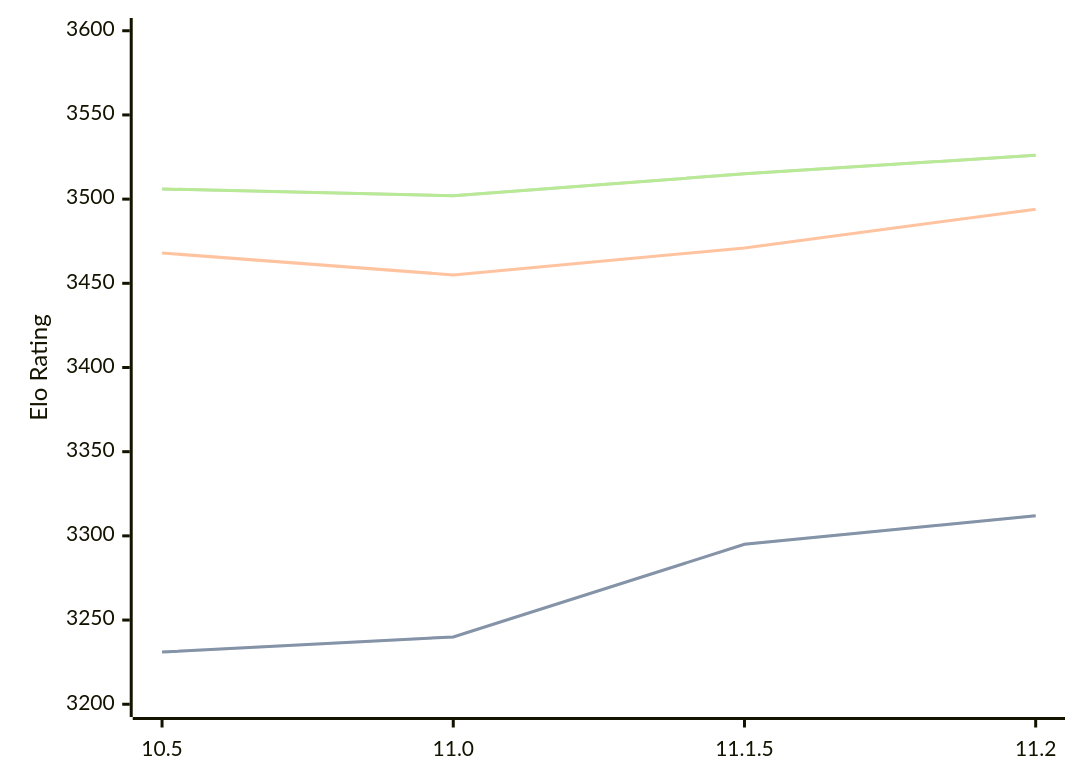
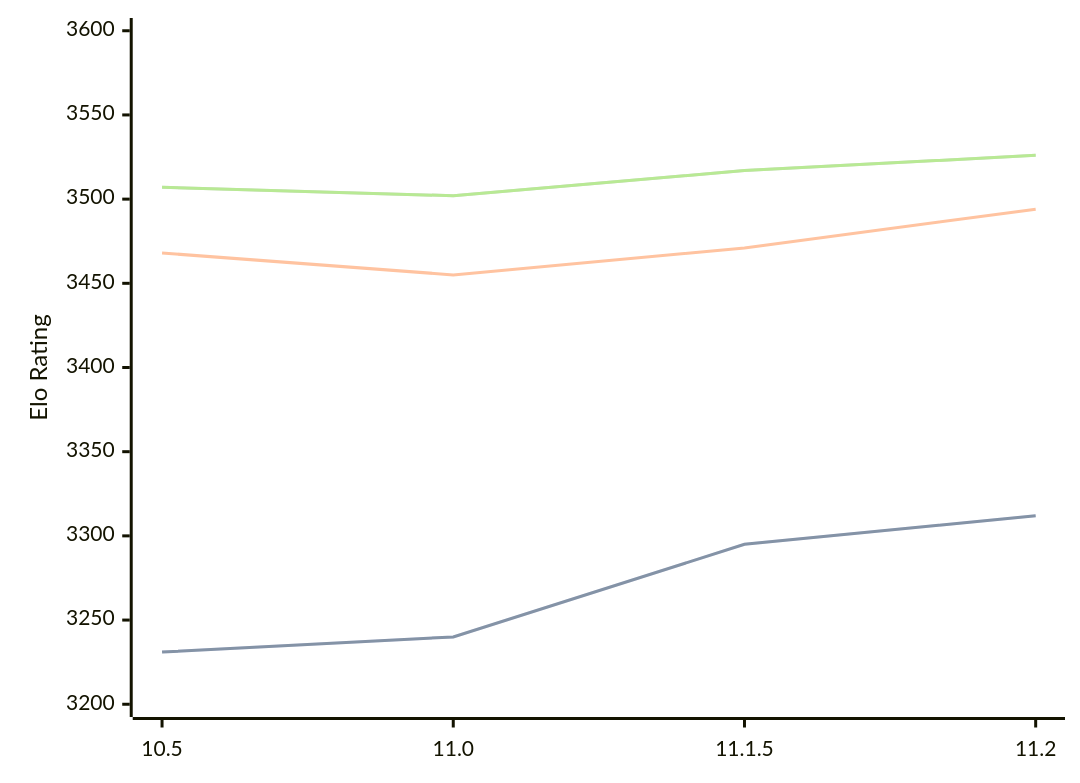
The diagram in engines/Lizard.md (computer-chess-index/cci), drawn with Mermaid before and after one commit. The commit also changed other lines of this file, not shown here.

Commit message:
Update CCI Ratings (ELO VLTC) - 2026-09-25

````diff
--- a/engines/Lizard.md
+++ b/engines/Lizard.md
@@ -34,11 +34,11 @@
 ```mermaid
 %%{init: {"theme":"base","themeVariables":{"seriesColors:['#a3a3a3','#222221','#faa371']}}}%%
 xychart-beta
   x-axis ["10.5", "11.0", "11.1.5", "11.2"]
   y-axis "Elo Rating" 3200 --> 3600
   line "" [3231, 3240, 3295, 3312]
   line "STC (8.0+0.08s)" [3231, 3240, 3295, 3312]
   line "LTC (60.0+0.60s)" [3468, 3455, 3471, 3494]
-  line "" [3506, 3502, 3515, 3526]
-  line "VLTC (2m24s+1.12s)" [3506, 3502, 3515, 3526]
+  line "" [3507, 3502, 3517, 3526]
+  line "VLTC (2m24s+1.12s)" [3507, 3502, 3517, 3526]
 ```
````
